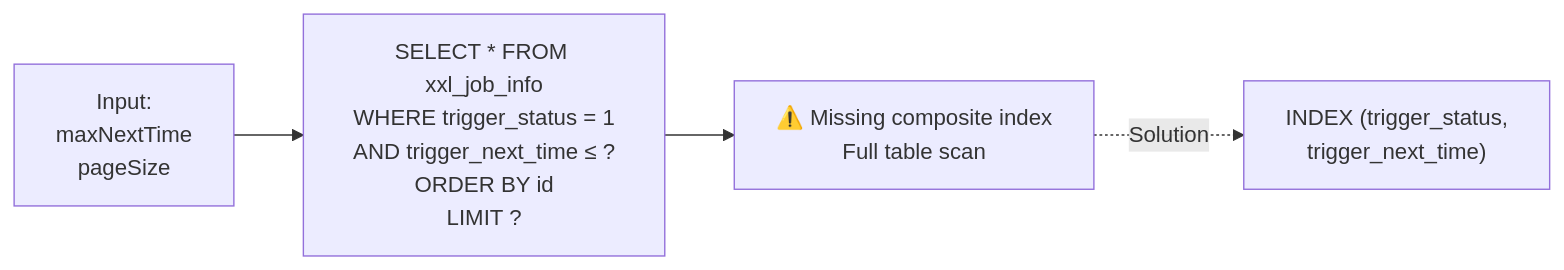
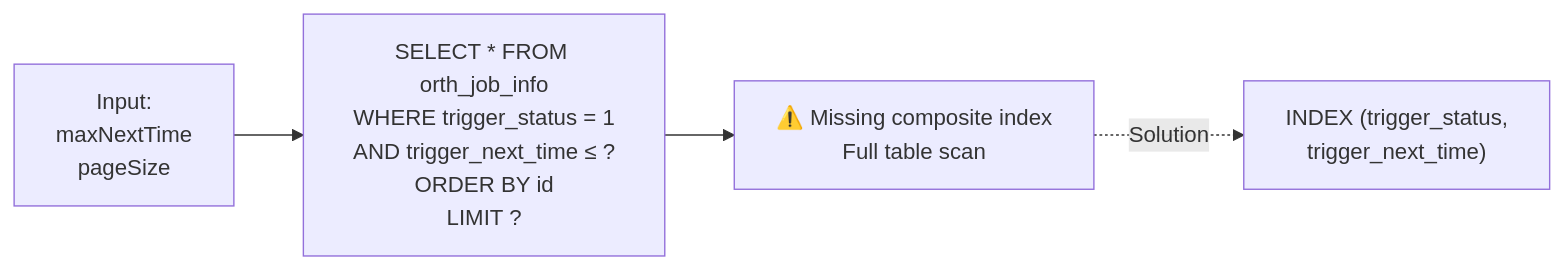
The fifth of 9 diagrams in arch/06-database-layer.md (zombie12138/orth), drawn with Mermaid before and after one commit. The commit also changed other lines of this file and 576 other files, not shown here.

First line of the commit message:
refactor: rename xxl-job → orth across entire project

````diff
--- a/arch/06-database-layer.md
+++ b/arch/06-database-layer.md
@@ -139,8 +139,8 @@
 ```mermaid
 flowchart LR
-    Input["Input:<br/>maxNextTime<br/>pageSize"] --> Query["SELECT * FROM xxl_job_info<br/>WHERE trigger_status = 1<br/>AND trigger_next_time ≤ ?<br/>ORDER BY id<br/>LIMIT ?"]
+    Input["Input:<br/>maxNextTime<br/>pageSize"] --> Query["SELECT * FROM orth_job_info<br/>WHERE trigger_status = 1<br/>AND trigger_next_time ≤ ?<br/>ORDER BY id<br/>LIMIT ?"]
     
     Query --> Issue["⚠️ Missing composite index<br/>Full table scan"]
     
     Issue -.->|"Solution"| Fix["INDEX (trigger_status,<br/>trigger_next_time)"]
 ```
````
